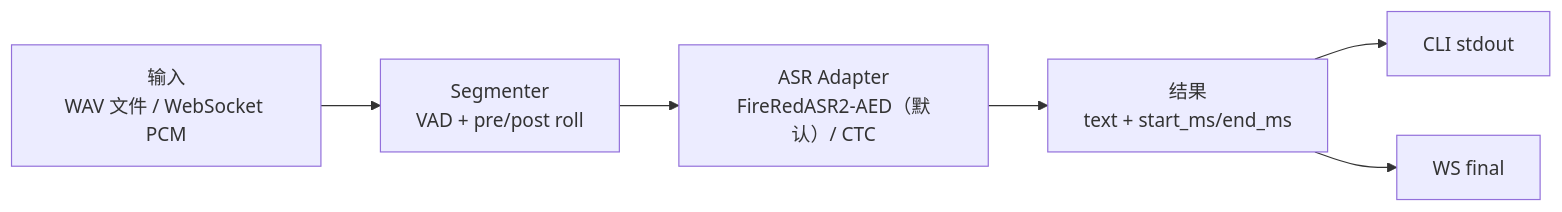
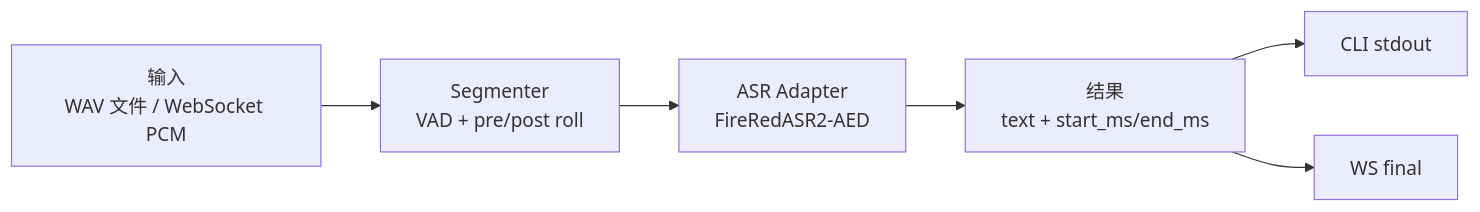
Before and after one commit to wonglaitung/FireRedASR2S: the first of 2 diagrams in docs/POC.md, drawn with Mermaid. The commit also changed other lines of this file and 88 other files, not shown here.

````diff
--- a/docs/POC.md
+++ b/docs/POC.md
@@ -72,8 +71,8 @@
 ```mermaid
 flowchart LR
     IN["输入<br/>WAV 文件 / WebSocket PCM"] --> SEG["Segmenter<br/>VAD + pre/post roll"]
-    SEG --> ASR["ASR Adapter<br/>FireRedASR2-AED（默认）/ CTC"]
+    SEG --> ASR["ASR Adapter<br/>FireRedASR2-AED"]
     ASR --> OUT["结果<br/>text + start_ms/end_ms"]
     OUT --> CLI["CLI stdout"]
     OUT --> WS["WS final"]
 ```
````
